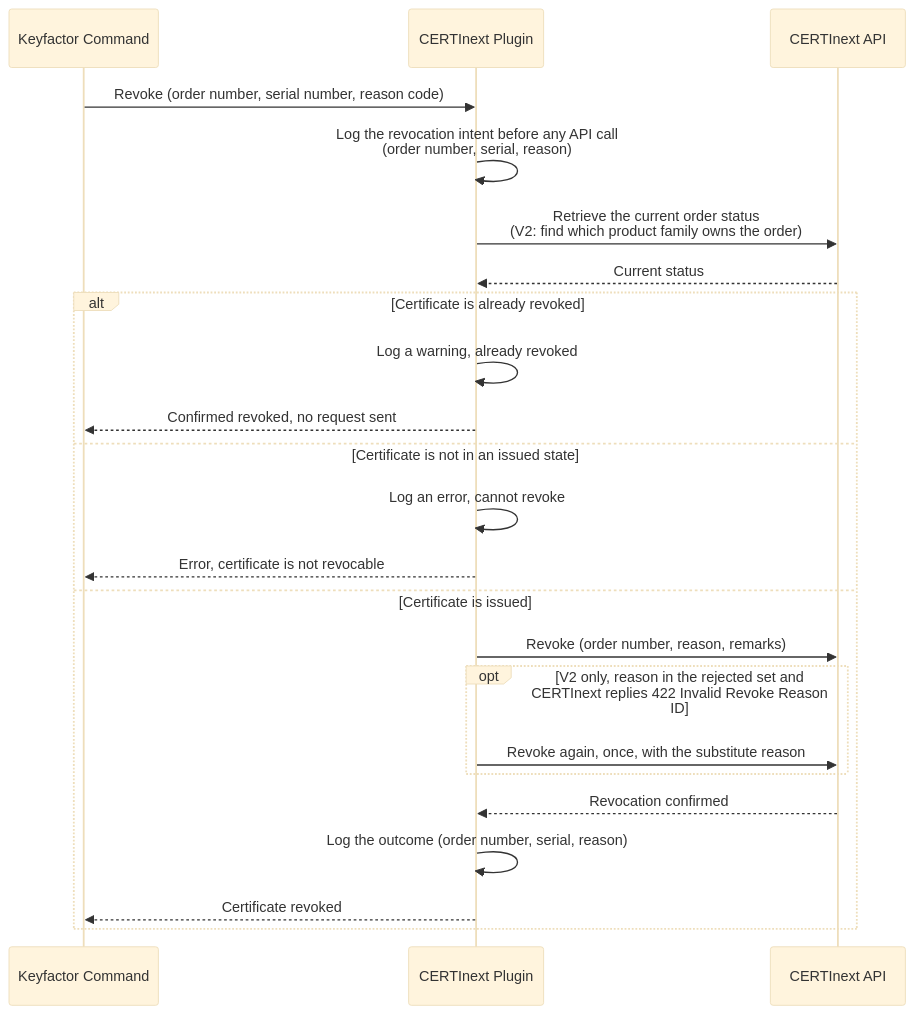
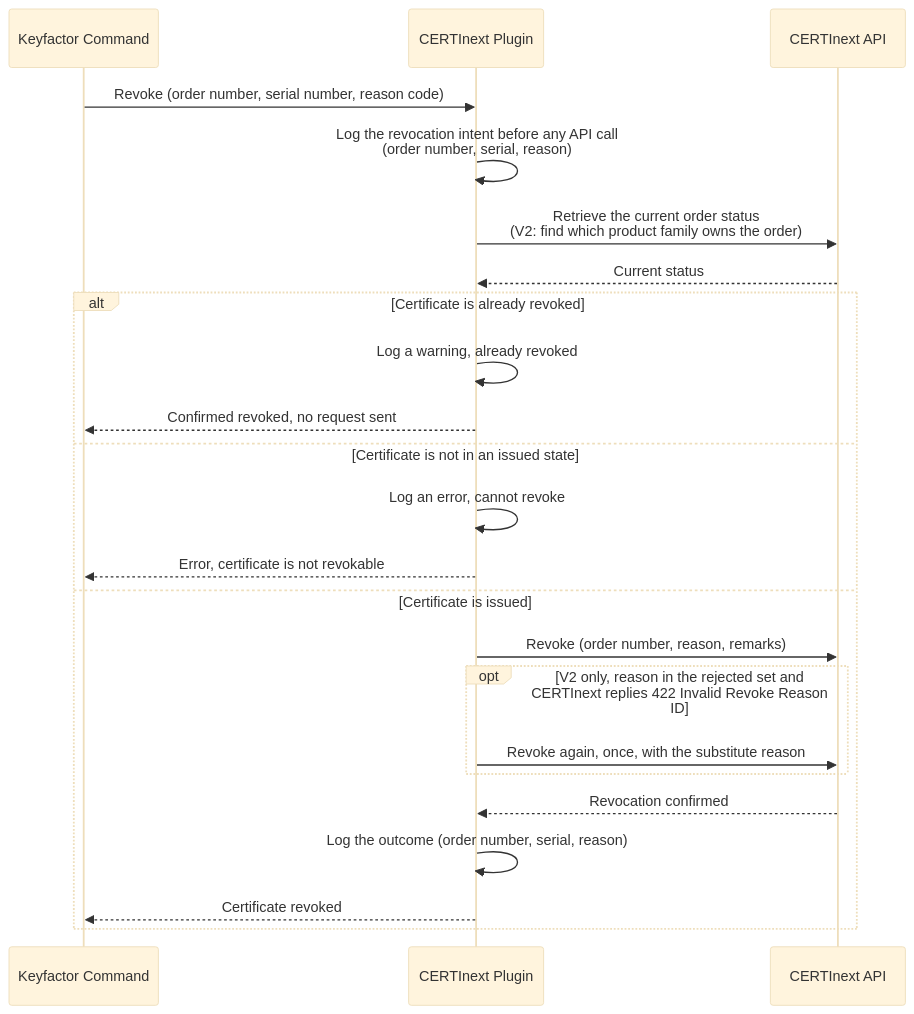
The ninth of 10 diagrams in docsource/architecture.md (Keyfactor/certinext-caplugin), drawn with Mermaid (base theme) before and after one commit. The commit also changed other lines of this file and 3 other files, not shown here.

First line of the commit message:
docs: fix architecture, migration, developer guide, and changelog accuracy and readability

````diff
--- a/docsource/architecture.md
+++ b/docsource/architecture.md
@@ -406,28 +432,28 @@
 ```mermaid
 sequenceDiagram
     participant CMD as Keyfactor Command
     participant Plugin as CERTInext Plugin
     participant API as CERTInext API
 
     CMD->>Plugin: Revoke (order number, serial number, reason code)
     Plugin->>Plugin: Log the revocation intent before any API call<br/>(order number, serial, reason)
 
     Plugin->>API: Retrieve the current order status<br/>(V2: find which product family owns the order)
     API-->>Plugin: Current status
 
     alt Certificate is already revoked
         Plugin->>Plugin: Log a warning, already revoked
         Plugin-->>CMD: Confirmed revoked, no request sent
     else Certificate is not in an issued state
         Plugin->>Plugin: Log an error, cannot revoke
-        Plugin-->>CMD: Error, certificate is not revocable
+        Plugin-->>CMD: Error, certificate is not revokable
     else Certificate is issued
         Plugin->>API: Revoke (order number, reason, remarks)
         opt V2 only, reason in the rejected set and CERTInext replies 422 Invalid Revoke Reason ID
             Plugin->>API: Revoke again, once, with the substitute reason
         end
         API-->>Plugin: Revocation confirmed
         Plugin->>Plugin: Log the outcome (order number, serial, reason)
         Plugin-->>CMD: Certificate revoked
     end
 ```
````
